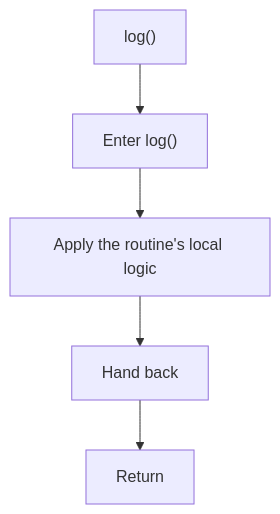
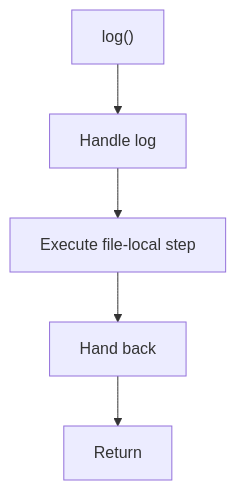
One commit to JohnAndrewBalbarosa/NeoTerritory changed the sixth of 7 diagrams in docs/Codebase/LegacyPatternTransformSamples/legacy_singleton_to_factory_sample.cpp.md. Above: the diagram before and after it, drawn with Mermaid. The commit also changed other lines of this file and 915 other files, not shown here.

````diff
--- a/docs/Codebase/LegacyPatternTransformSamples/legacy_singleton_to_factory_sample.cpp.md
+++ b/docs/Codebase/LegacyPatternTransformSamples/legacy_singleton_to_factory_sample.cpp.md
@@ -158,12 +157,12 @@
 ```mermaid
 flowchart TD
     Start["log()"]
-    N0["Enter log()"]
-    N1["Apply the routine's local logic"]
+    N0["Handle log"]
+    N1["Execute file-local step"]
     N2["Hand back"]
     End["Return"]
     Start --> N0
     N0 --> N1
     N1 --> N2
     N2 --> End
 ```
````
